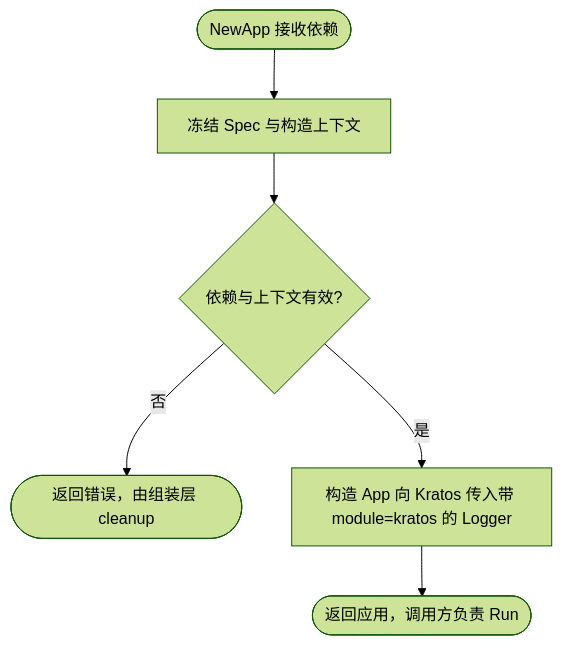
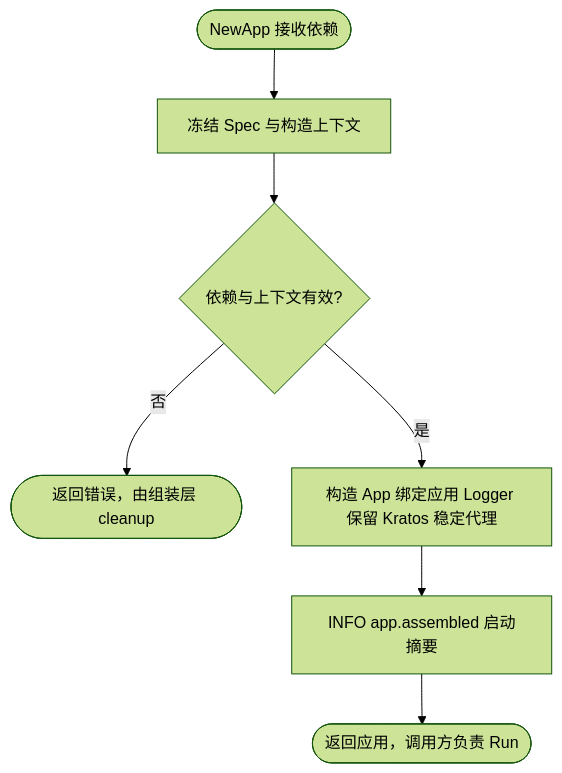
The first of 12 diagrams in pkg/app/README.md (jaggerzhuang1994/kratos-foundation), drawn with Mermaid (forest theme) before and after one commit. The commit also changed other lines of this file and 204 other files, not shown here.

````diff
--- a/pkg/app/README.md
+++ b/pkg/app/README.md
@@ -21,8 +21,9 @@
 ```mermaid
 flowchart TD
     A([NewApp 接收依赖]) --> B[冻结 Spec 与构造上下文]
     B --> C{依赖与上下文有效?}
     C -- 否 --> D([返回错误，由组装层 cleanup])
-    C -- 是 --> E[构造 App 向 Kratos 传入带 module=kratos 的 Logger]
-    E --> F([返回应用，调用方负责 Run])
+    C -- 是 --> E[构造 App 绑定应用 Logger 保留 Kratos 稳定代理]
+    E --> EL[INFO app.assembled 启动摘要]
+    EL --> F([返回应用，调用方负责 Run])
 ```
````
